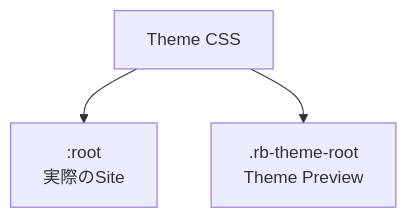
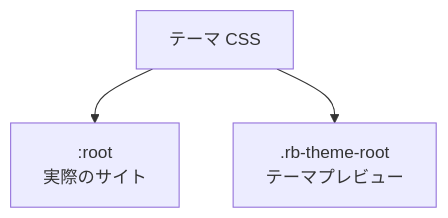
The third of 6 diagrams in docs/docs/themes/writing-a-theme.ja.md (Rerurate514/riebeckite), drawn with Mermaid before and after one commit. The commit also changed other lines of this file and 310 other files, not shown here.

````diff
--- a/docs/docs/themes/writing-a-theme.ja.md
+++ b/docs/docs/themes/writing-a-theme.ja.md
@@ -309,7 +279,7 @@
 ```mermaid id="m0r13h"
 flowchart TD
-    CSS["Theme CSS"]
+    CSS["テーマ CSS"]
 
-    CSS --> Root[":root<br/>実際のSite"]
-    CSS --> Preview[".rb-theme-root<br/>Theme Preview"]
+    CSS --> Root[":root<br/>実際のサイト"]
+    CSS --> Preview[".rb-theme-root<br/>テーマプレビュー"]
 ```
````
